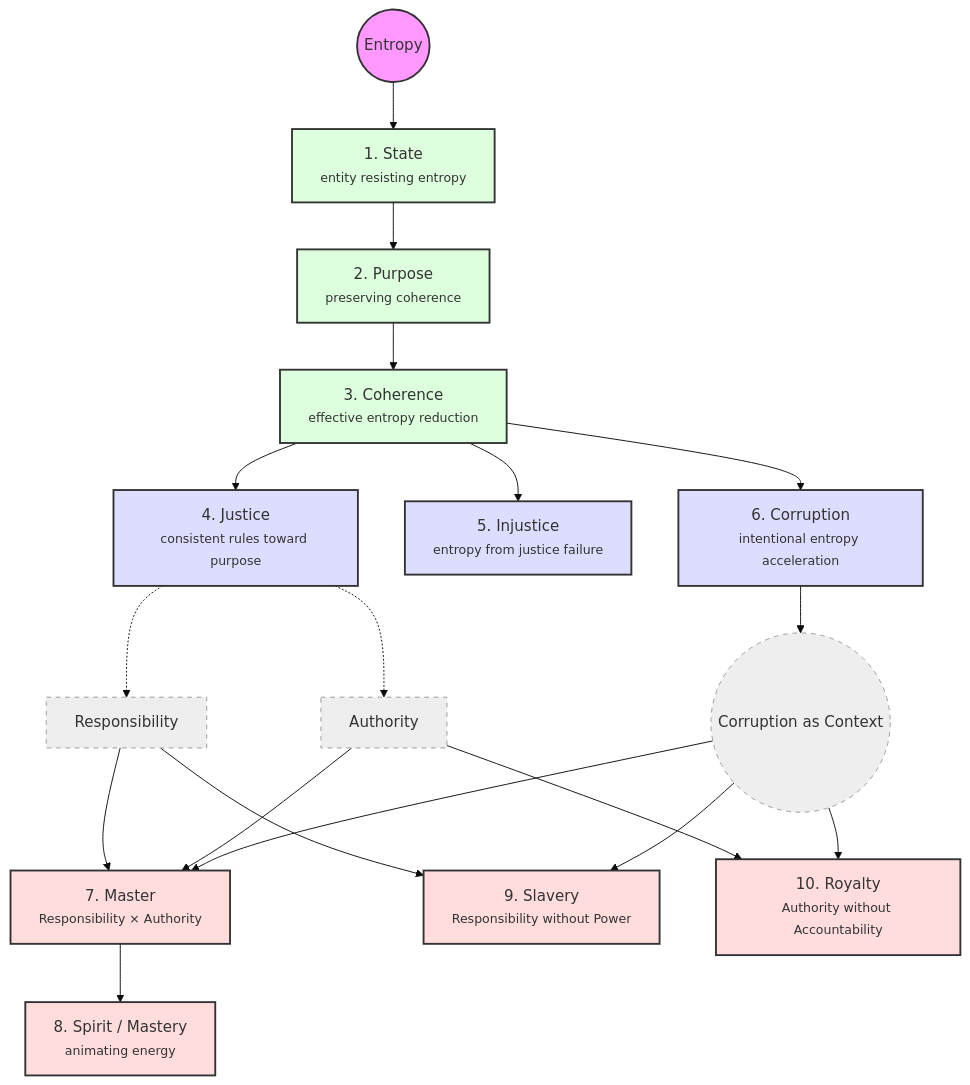
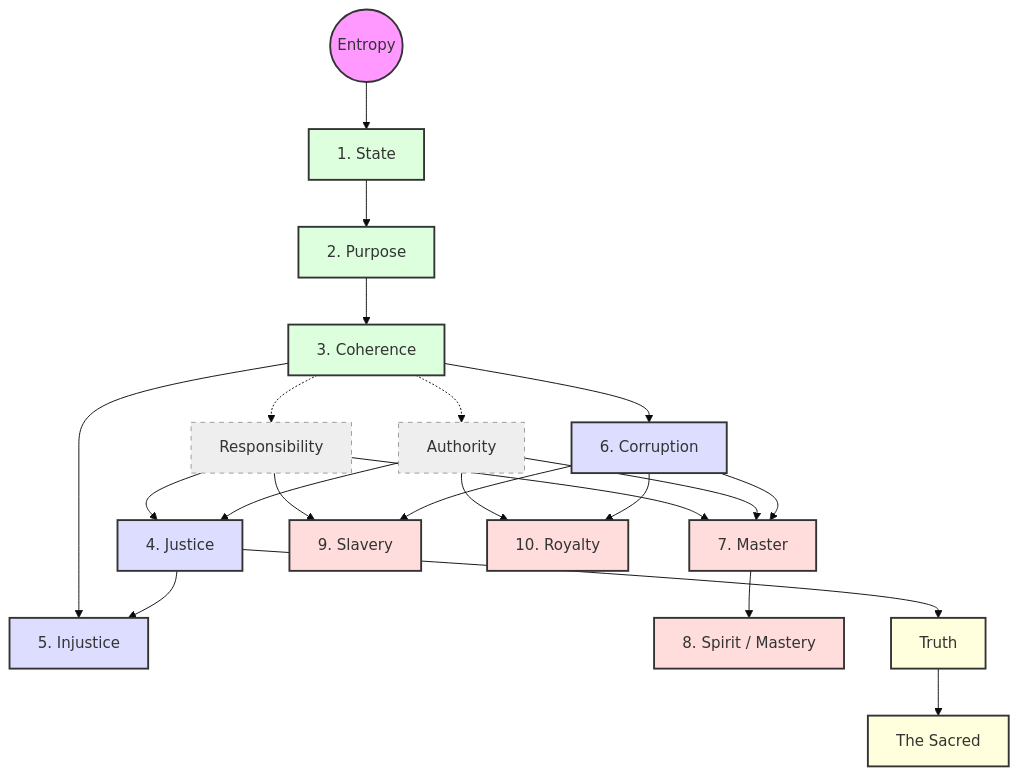
One commit to nrdxp/nrd.sh changed the diagram in docs/models/axiosophy.md. Above: the diagram before and after it, drawn with Mermaid (base theme). The commit also changed other lines of this file, not shown here.

````diff
--- a/docs/models/axiosophy.md
+++ b/docs/models/axiosophy.md
@@ -57,42 +55,49 @@
 ```mermaid
 graph TD
     %% Core Spine
-    E((Entropy)) --> S[1. State<br/><small>entity resisting entropy</small>]
-    S --> P[2. Purpose<br/><small>preserving coherence</small>]
-    P --> C[3. Coherence<br/><small>effective entropy reduction</small>]
+    E((Entropy)) --> S["1. State"]
+    S --> P["2. Purpose"]
+    P --> C["3. Coherence"]
+    
+    %% Responsibility and Authority emerge from def 3
+    C -.-> R1["Responsibility"]
+    C -.-> A1["Authority"]
     
     %% The Triad
-    C --> J[4. Justice<br/><small>consistent rules toward purpose</small>]
-    C --> I[5. Injustice<br/><small>entropy from justice failure</small>]
-    C --> K[6. Corruption<br/><small>intentional entropy acceleration</small>]
-    
-    %% Intermediate Product Nodes
-    J -.-> R1[Responsibility]
-    J -.-> A1[Authority]
-    K --> Cx((Corruption as Context))
+    R1 --> J["4. Justice"]
+    A1 --> J
+    C --> I["5. Injustice"]
+    J --> I
+    C --> K["6. Corruption"]
     
     %% The Quadrad Actors
-    R1 --> M
+    R1 --> M["7. Master"]
     A1 --> M
-    Cx --> M[7. Master<br/><small>Responsibility × Authority</small>]
+    K --> M
     
-    M --> Sp[8. Spirit / Mastery<br/><small>animating energy</small>]
+    M --> Sp["8. Spirit / Mastery"]
     
-    R1 --> Sl
-    Cx --> Sl[9. Slavery<br/><small>Responsibility without Power</small>]
+    R1 --> Sl["9. Slavery"]
+    K --> Sl
     
-    A1 --> Ro
-    Cx --> Ro[10. Royalty<br/><small>Authority without Accountability</small>]
+    A1 --> Ro["10. Royalty"]
+    K --> Ro
     
-    classDef axiom fill:#f9f,stroke:#333,stroke-width:2px;
-    classDef spine fill:#dfd,stroke:#333,stroke-width:2px;
-    classDef triad fill:#ddf,stroke:#333,stroke-width:2px;
-    classDef context fill:#eee,stroke:#999,stroke-width:1px,stroke-dasharray: 5 5;
-    classDef actors fill:#fdd,stroke:#333,stroke-width:2px;
+    %% Derived meta-concepts
+    J --> T["Truth"]
+    T --> Sc["The Sacred"]
     
-    class E axiom;
-    class S,P,C spine;
-    class J,I,K triad;
-    class M,Sp,Sl,Ro actors;
-    class R1,A1,Cx context;
+    classDef axiom fill:#f9f,stroke:#333,stroke-width:2px
+    classDef spine fill:#dfd,stroke:#333,stroke-width:2px
+    classDef triad fill:#ddf,stroke:#333,stroke-width:2px
+    classDef derived fill:#eee,stroke:#999,stroke-width:1px,stroke-dasharray: 5 5
+    classDef actors fill:#fdd,stroke:#333,stroke-width:2px
+    classDef meta fill:#ffd,stroke:#333,stroke-width:2px
+    
+    class E axiom
+    class S,P,C spine
+    class J,I,K triad
+    class M,Sp,Sl,Ro actors
+    class R1,A1 derived
+    class T,Sc meta
 ```
````
